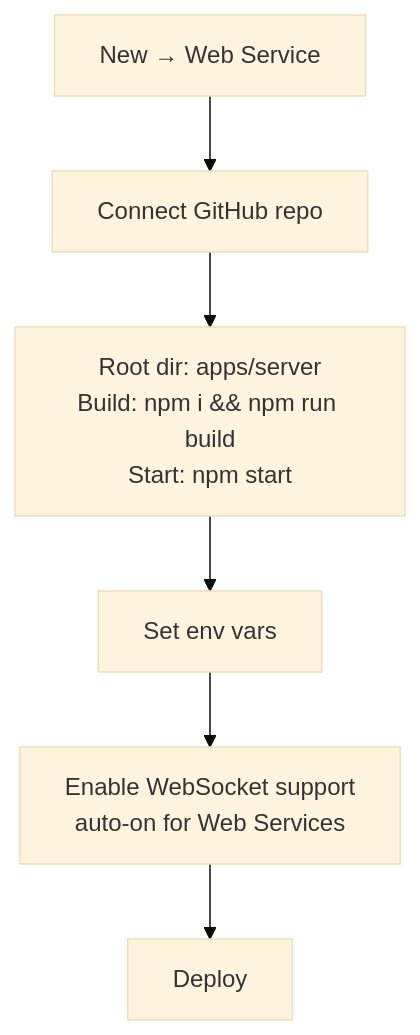
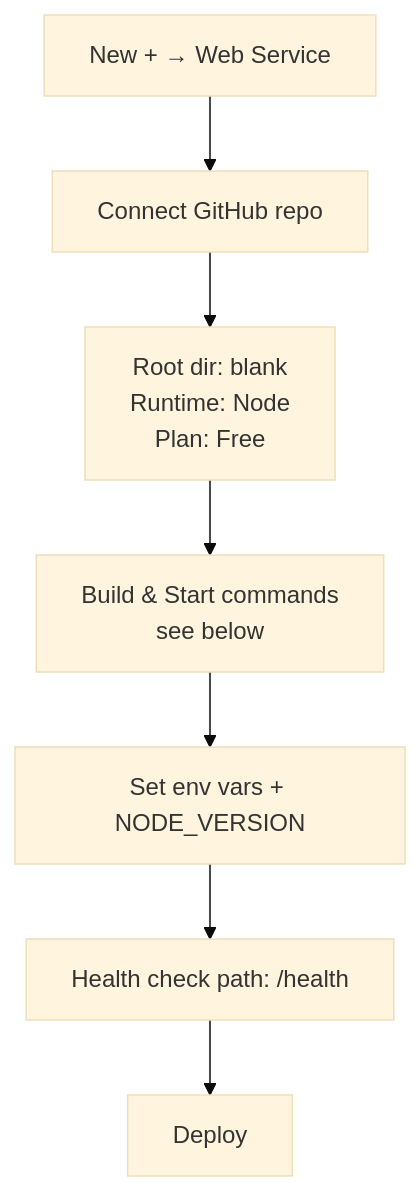
One commit to iyashwantsaini/Vaartalaap changed the sixth of 13 diagrams in docs/DEPLOYMENT.md. Above: the diagram before and after it, drawn with Mermaid (base theme). The commit also changed other lines of this file, not shown here.

````diff
--- a/docs/DEPLOYMENT.md
+++ b/docs/DEPLOYMENT.md
@@ -102,8 +102,9 @@
 ```mermaid
 flowchart TB
-  s1[New → Web Service] --> s2[Connect GitHub repo]
-  s2 --> s3[Root dir: apps/server<br/>Build: npm i && npm run build<br/>Start: npm start]
-  s3 --> s4[Set env vars]
-  s4 --> s5[Enable WebSocket support<br/>auto-on for Web Services]
-  s5 --> s6[Deploy]
+  s1[New + → Web Service] --> s2[Connect GitHub repo]
+  s2 --> s3[Root dir: blank<br/>Runtime: Node<br/>Plan: Free]
+  s3 --> s4[Build & Start commands<br/>see below]
+  s4 --> s5[Set env vars + NODE_VERSION]
+  s5 --> s6[Health check path: /health]
+  s6 --> s7[Deploy]
 ```
````
